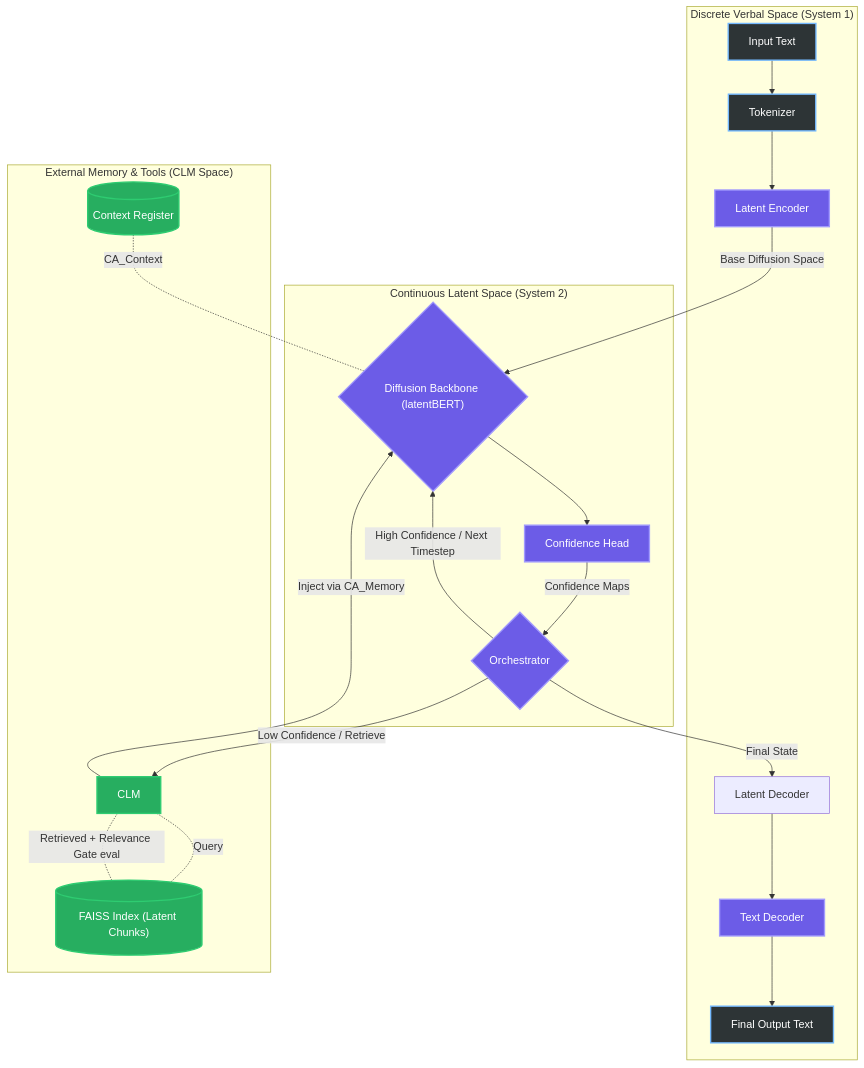
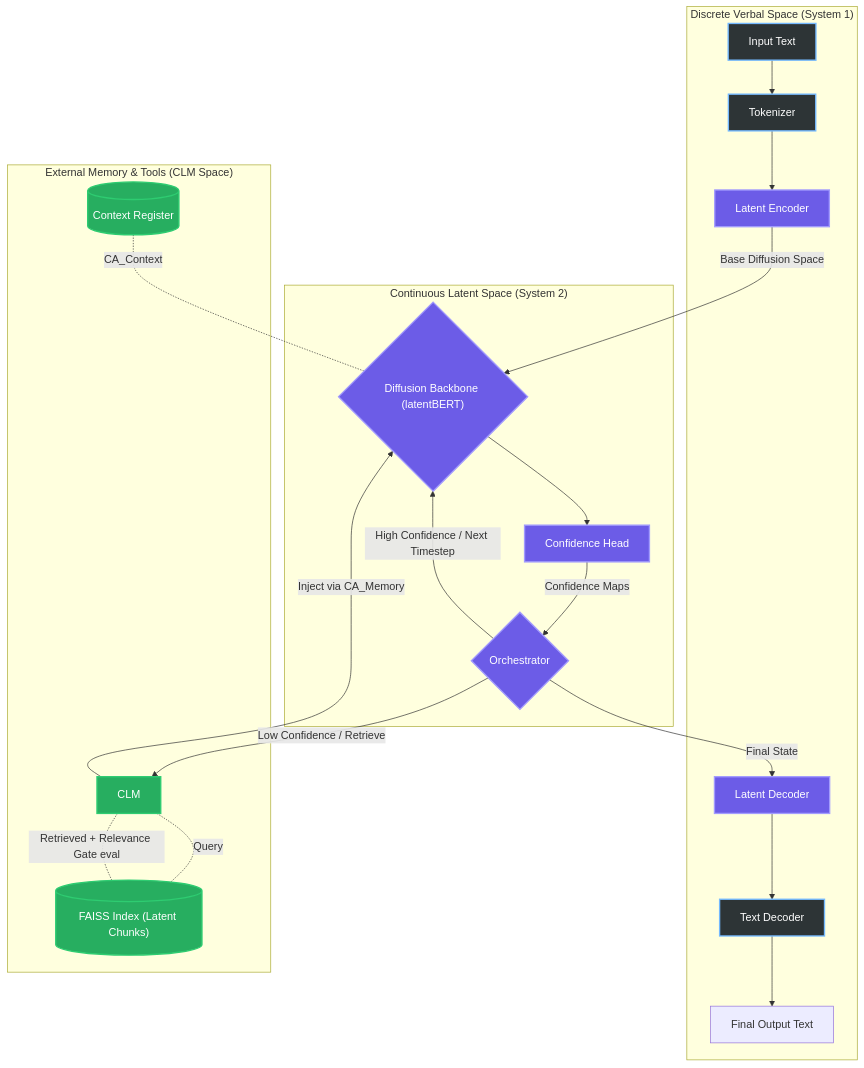
One commit to Laeryid/BEBLaDII changed the diagram in README.md. Above: the diagram before and after it, drawn with Mermaid.

````diff
--- a/README.md
+++ b/README.md
@@ -25,35 +25,35 @@
 ```mermaid
 graph TD
     classDef verbal fill:#2d3436,stroke:#74b9ff,stroke-width:2px,color:#fff
     classDef latent fill:#6c5ce7,stroke:#a29bfe,stroke-width:2px,color:#fff
     classDef clm fill:#27ae60,stroke:#2ecc71,stroke-width:2px,color:#fff
 
     subgraph "Discrete Verbal Space (System 1)"
         A["Input Text"] --> B["Tokenizer"]
         B --> C["Latent Encoder"]
         P["Latent Decoder"] --> J["Text Decoder"]
         J --> M["Final Output Text"]
     end
 
     subgraph "Continuous Latent Space (System 2)"
         C -->|"Base Diffusion Space"| E{"Diffusion Backbone (latentBERT)"}
         
         E --> F["Confidence Head"]
         
         F -->|"Confidence Maps"| G{"Orchestrator"}
         G -->|"High Confidence / Next Timestep"| E
         G -->|"Final State"| P
     end
 
     subgraph "External Memory & Tools (CLM Space)"
         TC[("Context Register")] -.-|"CA_Context"| E
         G -->|"Low Confidence / Retrieve"| H["CLM"]
         H -.-|"Query"| I[("FAISS Index (Latent Chunks)")]
         I -.-|"Retrieved + Relevance Gate eval"| H
         H -->|"Inject via CA_Memory"| E
     end
 
-    class A,B,M verbal
-    class C,E,F,G,J latent
+    class A,B,J verbal
+    class C,E,F,G,P latent
     class H,I,TC clm
 ```
````
